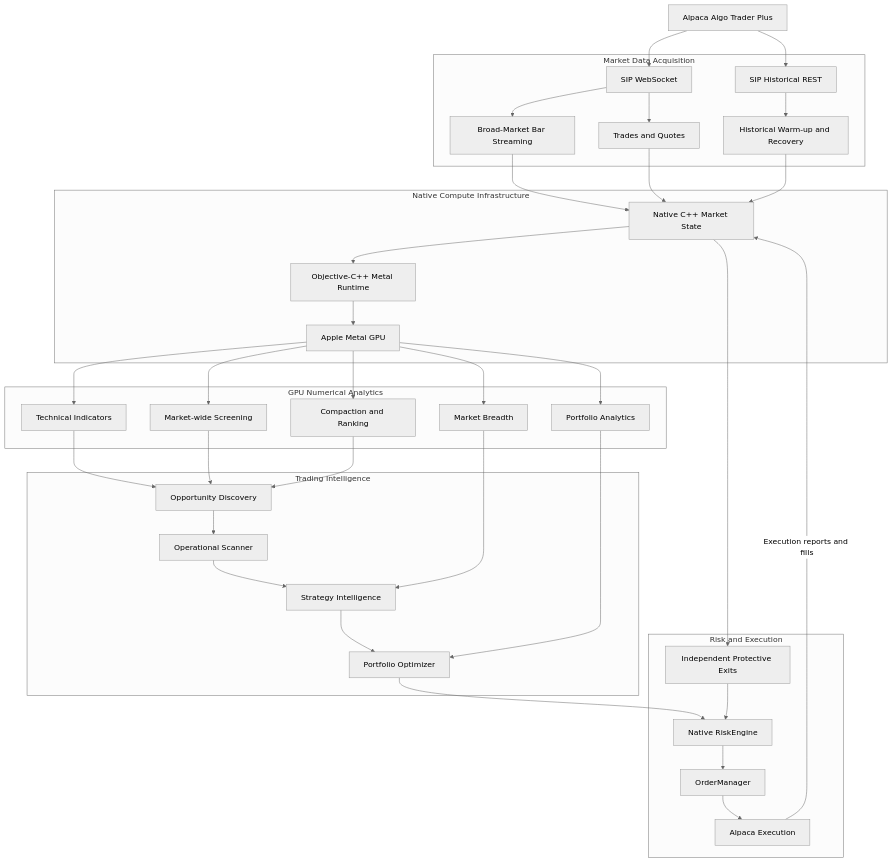
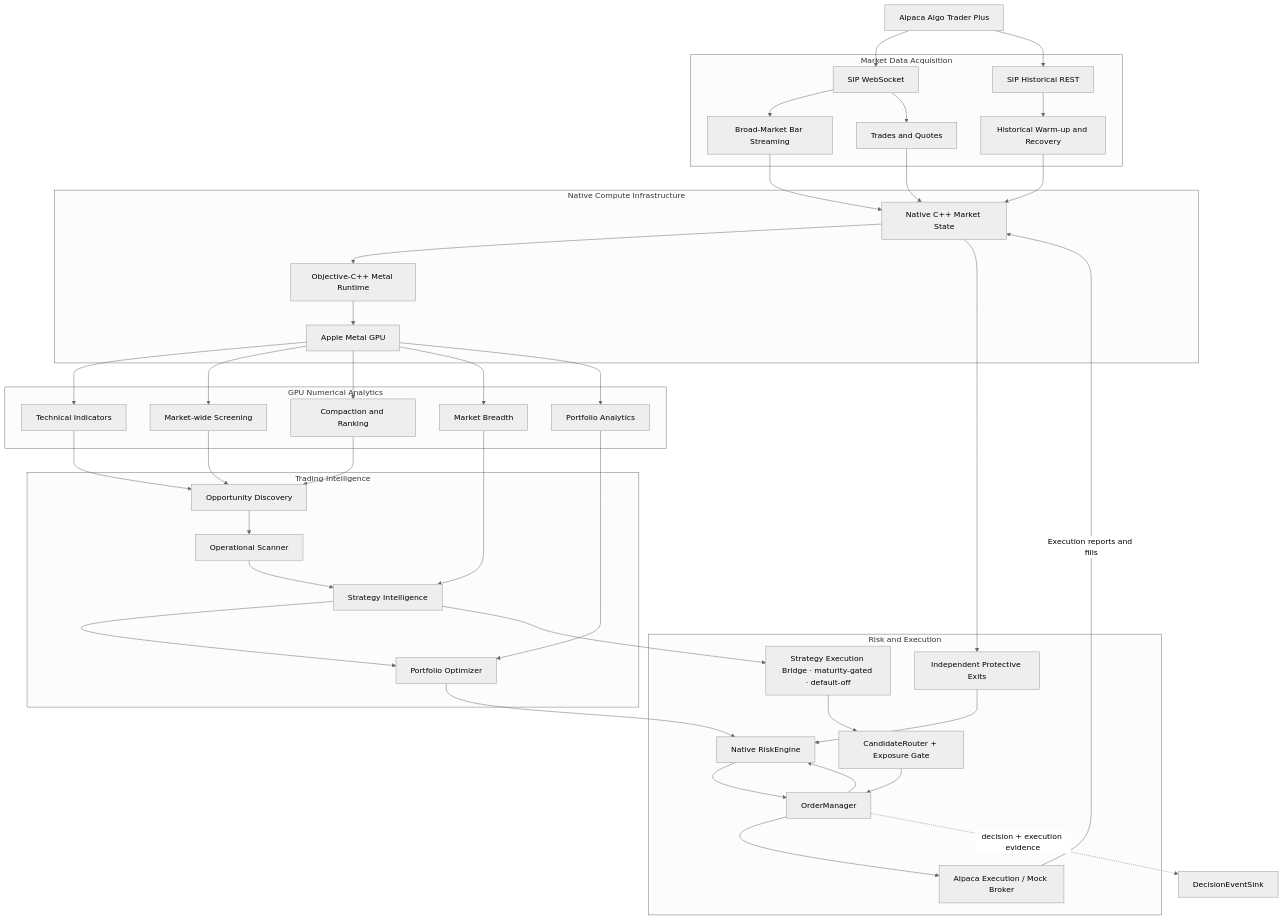
One commit to blkpvnthr/C-Engine changed the first of 14 diagrams in README.md. Above: the diagram before and after it, drawn with Mermaid (neutral theme). The commit also changed other lines of this file and 11 other files, not shown here.

````diff
--- a/README.md
+++ b/README.md
@@ -28,74 +28,80 @@
 ```mermaid
 flowchart TD
     A[Alpaca Algo Trader Plus]
 
     subgraph Acquisition[Market Data Acquisition]
         B[SIP WebSocket]
         C[SIP Historical REST]
         D[Broad-Market Bar Streaming]
         E[Trades and Quotes]
         F[Historical Warm-up and Recovery]
     end
 
     A --> B
     A --> C
     B --> D
     B --> E
     C --> F
 
     subgraph Native[Native Compute Infrastructure]
         G[Native C++ Market State]
         H[Objective-C++ Metal Runtime]
         I[Apple Metal GPU]
         G --> H
         H --> I
     end
 
     D --> G
     E --> G
     F --> G
 
     subgraph Analytics[GPU Numerical Analytics]
         J[Technical Indicators]
         K[Market-wide Screening]
         L[Compaction and Ranking]
         M[Market Breadth]
         N[Portfolio Analytics]
     end
 
     I --> J
     I --> K
     I --> L
     I --> M
     I --> N
 
     subgraph Intelligence[Trading Intelligence]
         O[Opportunity Discovery]
         P[Operational Scanner]
         Q[Strategy Intelligence]
         R[Portfolio Optimizer]
         O --> P
         P --> Q
         Q --> R
     end
 
     J --> O
     K --> O
     L --> O
     M --> Q
     N --> R
 
     subgraph Execution[Risk and Execution]
+        W[Strategy Execution Bridge · maturity-gated · default-off]
         S[Native RiskEngine]
         T[Independent Protective Exits]
         U[OrderManager]
-        V[Alpaca Execution]
+        V[Alpaca Execution / Mock Broker]
+        W --> X[CandidateRouter + Exposure Gate]
+        X --> U
+        U --> S
         S --> U
         T --> S
         U --> V
     end
 
     R --> S
+    Q --> W
     G --> T
     V -->|Execution reports and fills| G
+    U -.->|decision + execution evidence| Y[DecisionEventSink]
 ```
````
